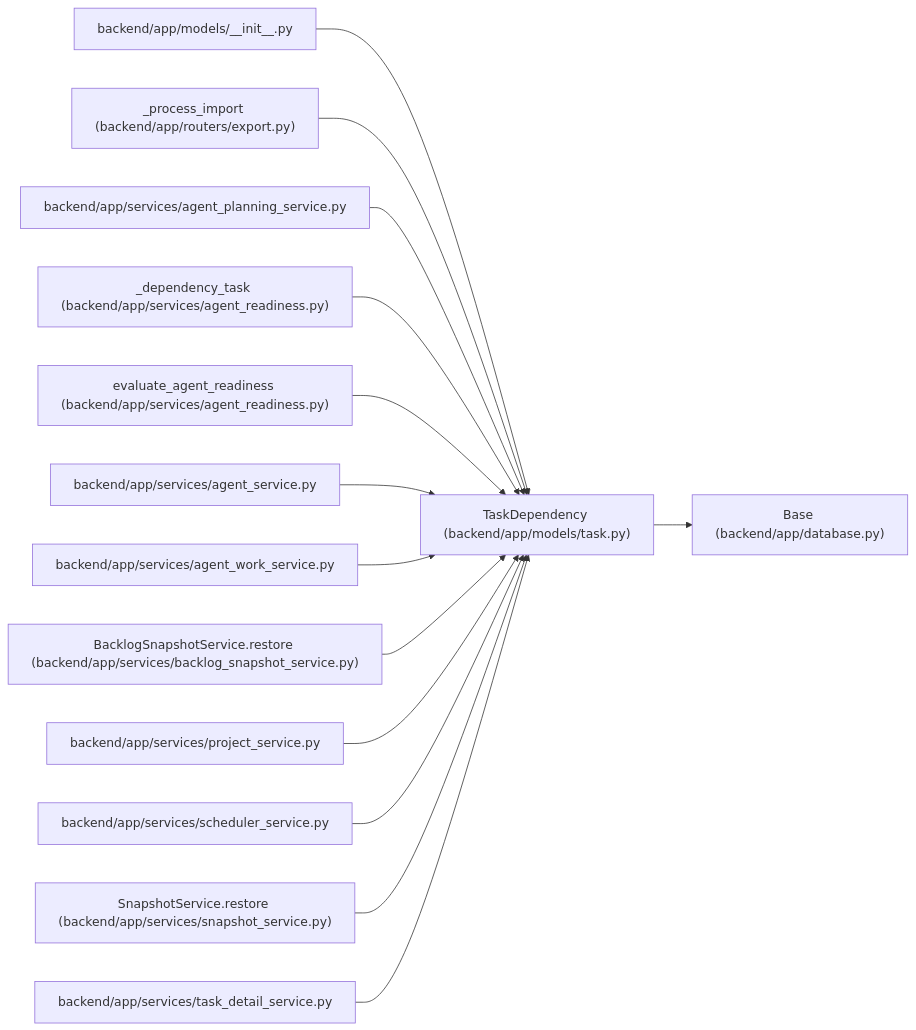
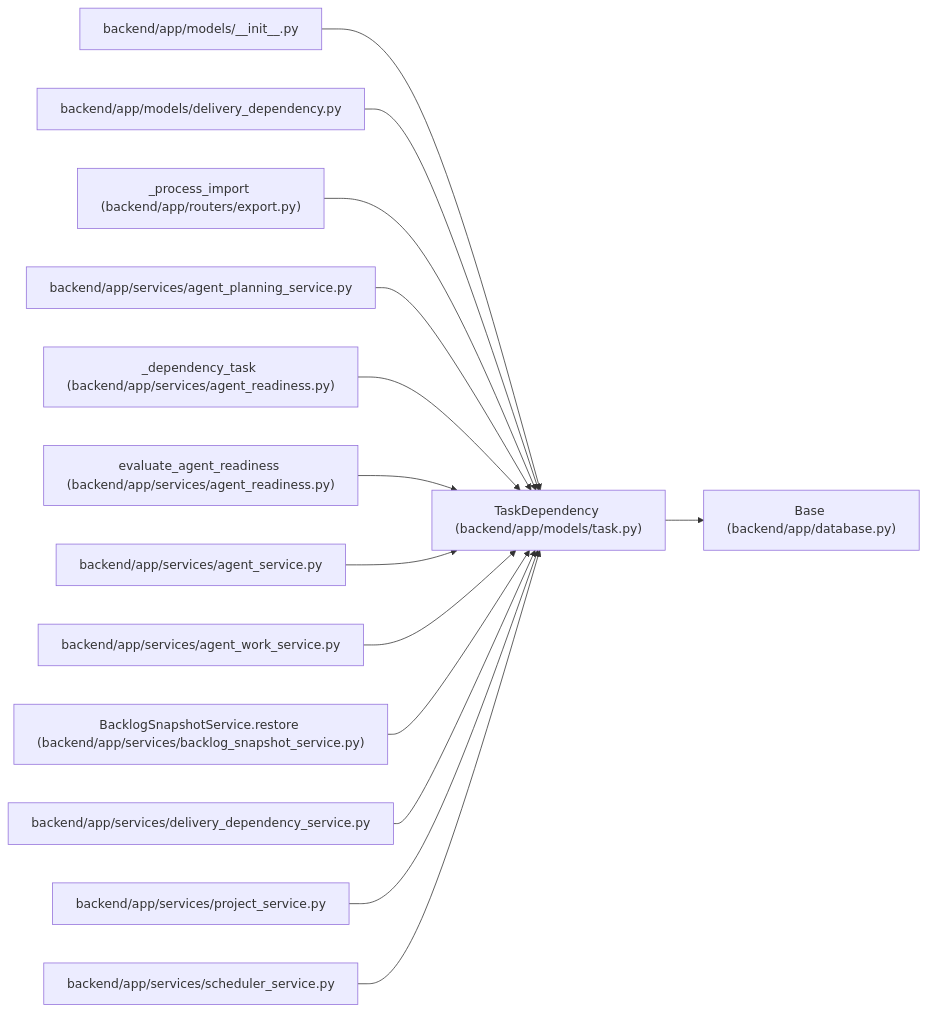
The diagram in docs/llm_wiki/entities/TaskDependency.md (Denissvgn/WorkChord), drawn with Mermaid before and after one commit. The commit also changed other lines of this file and 1888 other files, not shown here.

````diff
--- a/docs/llm_wiki/entities/TaskDependency.md
+++ b/docs/llm_wiki/entities/TaskDependency.md
@@ -29,44 +29,44 @@
 ```mermaid
 flowchart LR
     n0["TaskDependency (backend/app/models/task.py)"]
     n1["Base (backend/app/database.py)"]
     n2["backend/app/models/__init__.py"]
-    n3["_process_import (backend/app/routers/export.py)"]
-    n4["backend/app/services/agent_planning_service.py"]
-    n5["_dependency_task (backend/app/services/agent_readiness.py)"]
-    n6["evaluate_agent_readiness (backend/app/services/agent_readiness.py)"]
-    n7["backend/app/services/agent_service.py"]
-    n8["backend/app/services/agent_work_service.py"]
-    n9["BacklogSnapshotService.restore (backend/app/services/backlog_snapshot_service.py)"]
-    n10["backend/app/services/project_service.py"]
-    n11["backend/app/services/scheduler_service.py"]
-    n12["SnapshotService.restore (backend/app/services/snapshot_service.py)"]
-    n13["backend/app/services/task_detail_service.py"]
+    n3["backend/app/models/delivery_dependency.py"]
+    n4["_process_import (backend/app/routers/export.py)"]
+    n5["backend/app/services/agent_planning_service.py"]
+    n6["_dependency_task (backend/app/services/agent_readiness.py)"]
+    n7["evaluate_agent_readiness (backend/app/services/agent_readiness.py)"]
+    n8["backend/app/services/agent_service.py"]
+    n9["backend/app/services/agent_work_service.py"]
+    n10["BacklogSnapshotService.restore (backend/app/services/backlog_snapshot_service.py)"]
+    n11["backend/app/services/delivery_dependency_service.py"]
+    n12["backend/app/services/project_service.py"]
+    n13["backend/app/services/scheduler_service.py"]
     n0 --> n1
     n2 --> n0
     n3 --> n0
     n4 --> n0
     n5 --> n0
     n6 --> n0
     n7 --> n0
     n8 --> n0
     n9 --> n0
     n10 --> n0
     n11 --> n0
     n12 --> n0
     n13 --> n0
     click n0 "../modules/models_task.md"
     click n1 "../modules/app_database.md"
     click n2 "../modules/models___init__.md"
-    click n3 "../modules/export.md"
-    click n4 "../modules/agent_planning_service.md"
-    click n5 "../modules/agent_readiness.md"
+    click n3 "../modules/delivery_dependency.md"
+    click n4 "../modules/export.md"
+    click n5 "../modules/agent_planning_service.md"
     click n6 "../modules/agent_readiness.md"
-    click n7 "../modules/agent_service.md"
-    click n8 "../modules/agent_work_service.md"
-    click n9 "../modules/backlog_snapshot_service.md"
-    click n10 "../modules/project_service.md"
-    click n11 "../modules/scheduler_service.md"
-    click n12 "../modules/snapshot_service.md"
-    click n13 "../modules/task_detail_service.md"
+    click n7 "../modules/agent_readiness.md"
+    click n8 "../modules/agent_service.md"
+    click n9 "../modules/agent_work_service.md"
+    click n10 "../modules/backlog_snapshot_service.md"
+    click n11 "../modules/delivery_dependency_service.md"
+    click n12 "../modules/project_service.md"
+    click n13 "../modules/scheduler_service.md"
 ```
````
